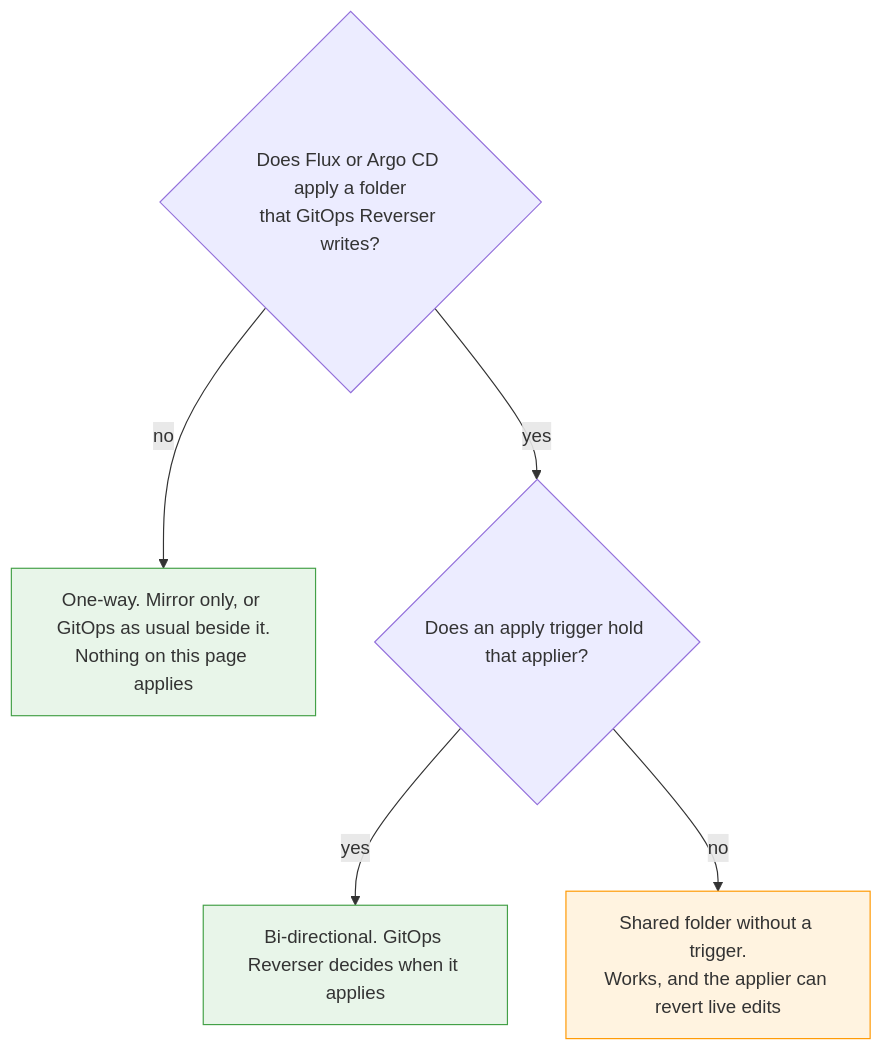
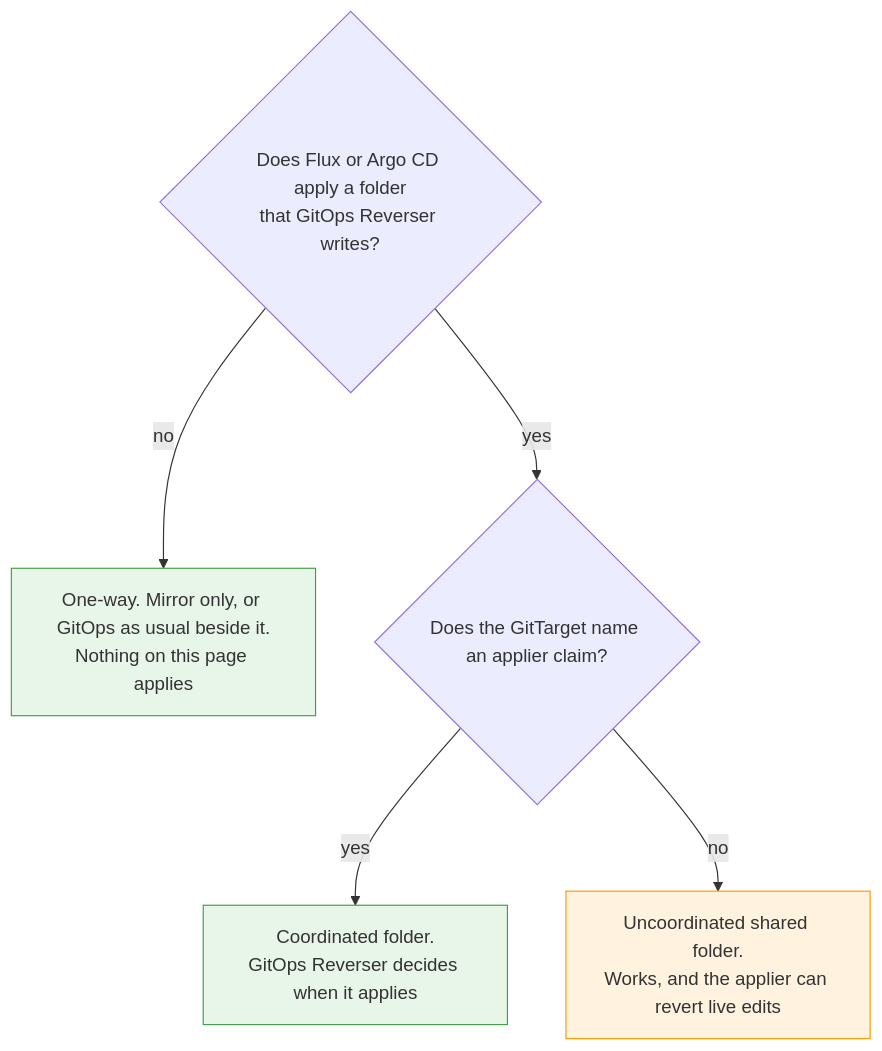
One commit to ConfigButler/gitops-reverser changed the first of 5 diagrams in docs/bi-directional.md. Above: the diagram before and after it, drawn with Mermaid. The commit also changed other lines of this file and 148 other files, not shown here.

First line of the commit message:
refactor(applier)!: rename FluxTrigger/ArgoCDTrigger to FluxClaim/ArgoCDClaim (#438)

````diff
--- a/docs/bi-directional.md
+++ b/docs/bi-directional.md
@@ -20,12 +20,12 @@
 ```mermaid
 flowchart TD
     Q1{"Does Flux or Argo CD apply a folder<br/>that GitOps Reverser writes?"}
     Q1 -->|no| ONEWAY["One-way. Mirror only, or GitOps as usual beside it.<br/>Nothing on this page applies"]
-    Q1 -->|yes| Q2{"Does an apply trigger hold that applier?"}
-    Q2 -->|yes| BI["Bi-directional. GitOps Reverser decides when it applies"]
-    Q2 -->|no| EXPOSED["Shared folder without a trigger.<br/>Works, and the applier can revert live edits"]
+    Q1 -->|yes| Q2{"Does the GitTarget name an applier claim?"}
+    Q2 -->|yes| BI["Coordinated folder.<br/>GitOps Reverser decides when it applies"]
+    Q2 -->|no| EXPOSED["Uncoordinated shared folder.<br/>Works, and the applier can revert live edits"]
 
     style ONEWAY fill:#e8f5e9,stroke:#43a047
     style BI fill:#e8f5e9,stroke:#43a047
     style EXPOSED fill:#fff3e0,stroke:#ff9800
 ```
````
